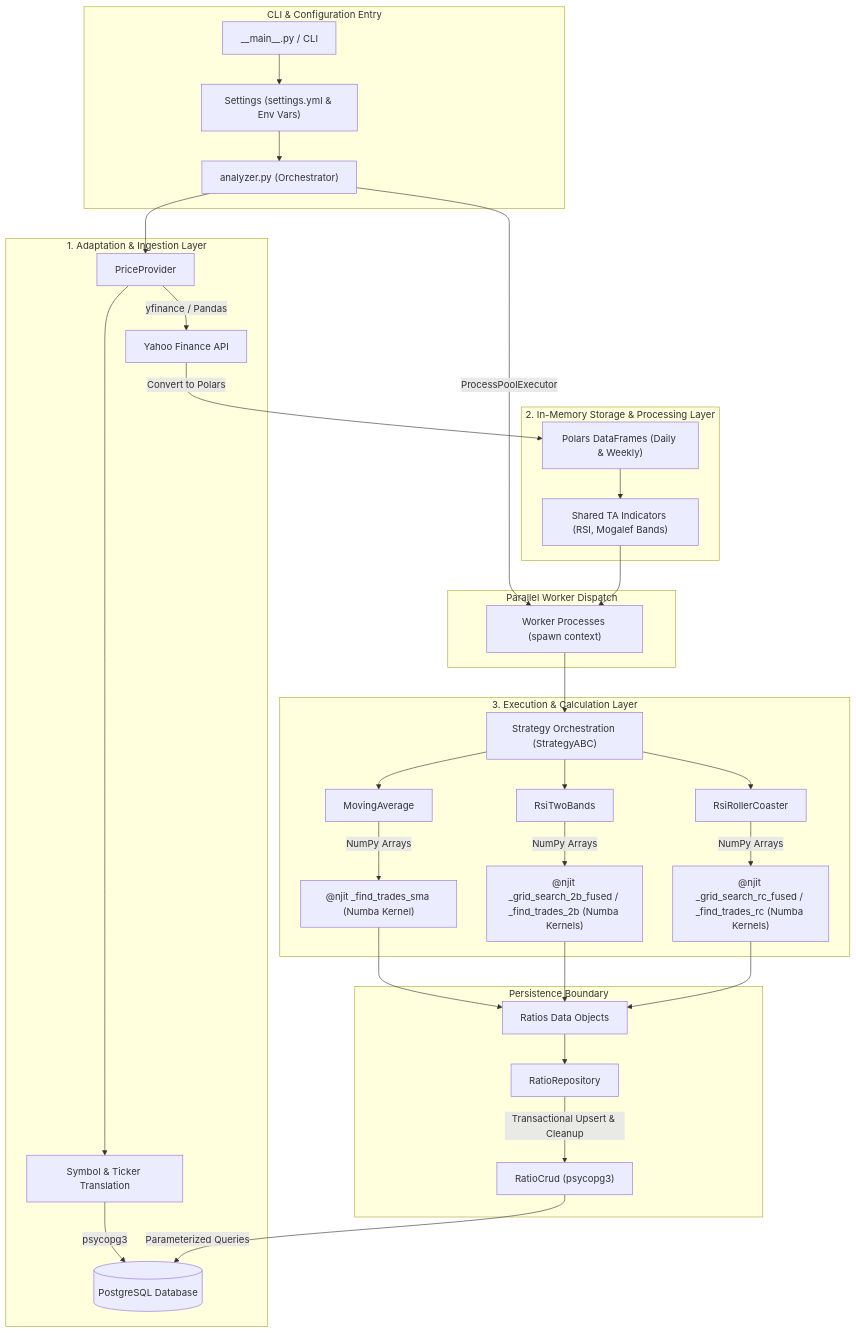
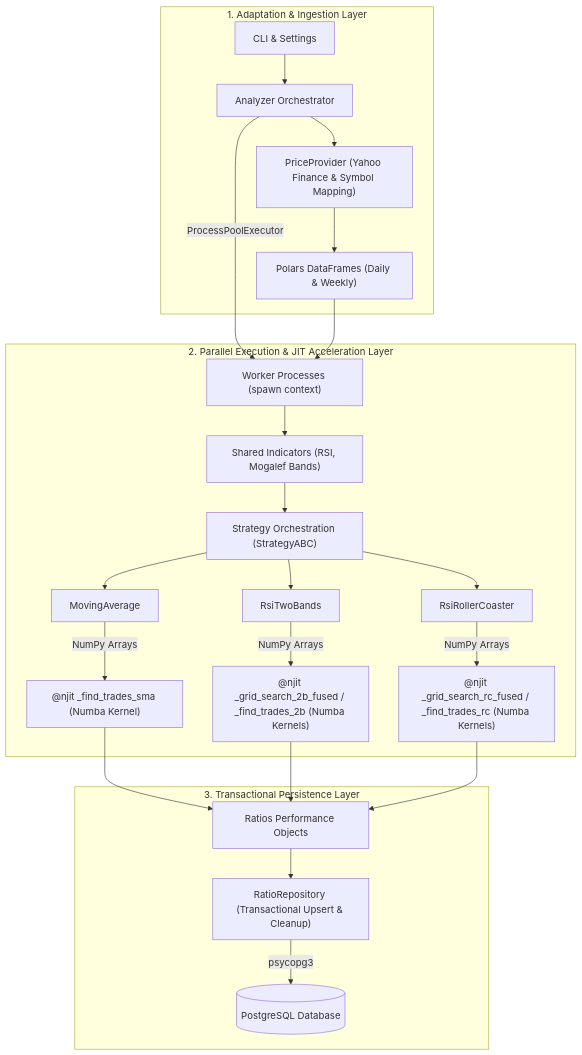
The diagram in README.md (NestorDR/radar-core), drawn with Mermaid before and after one commit. The commit also changed other lines of this file, not shown here.

Commit message:
Update README architecture diagram.

````diff
--- a/README.md
+++ b/README.md
@@ -80,42 +80,28 @@
 ```mermaid
 flowchart TD
-    subgraph CLI ["CLI & Configuration Entry"]
-        Main["__main__.py / CLI"] --> Settings["Settings (settings.yml & Env Vars)"]
-        Settings --> Analyzer["analyzer.py (Orchestrator)"]
+    subgraph Ingestion ["1. Adaptation & Ingestion Layer"]
+        CLI["CLI & Settings"] --> Analyzer["Analyzer Orchestrator"]
+        Analyzer --> PriceProvider["PriceProvider (Yahoo Finance & Symbol Mapping)"]
+        PriceProvider --> PolarsData["Polars DataFrames (Daily & Weekly)"]
     end
 
-    subgraph DataIngestion ["1. Adaptation & Ingestion Layer"]
-        Analyzer --> PriceProvider["PriceProvider"]
-        PriceProvider --> SymbolMapping["Symbol & Ticker Translation"]
-        SymbolMapping -->|psycopg3| DB[("PostgreSQL Database")]
-        PriceProvider -->|yfinance / Pandas| YFinance["Yahoo Finance API"]
-    end
-
-    subgraph Storage ["2. In-Memory Storage & Processing Layer"]
-        YFinance -->|Convert to Polars| PolarsData["Polars DataFrames (Daily & Weekly)"]
-        PolarsData --> TechnicalIndicators["Shared TA Indicators (RSI, Mogalef Bands)"]
-    end
-
-    subgraph Concurrency ["Parallel Worker Dispatch"]
-        Analyzer -->|ProcessPoolExecutor| ParallelWorkers["Worker Processes (spawn context)"]
-        TechnicalIndicators --> ParallelWorkers
-    end
-
-    subgraph Execution ["3. Execution & Calculation Layer"]
-        ParallelWorkers --> StrategyOrch["Strategy Orchestration (StrategyABC)"]
+    subgraph Execution ["2. Parallel Execution & JIT Acceleration Layer"]
+        Analyzer -->|"ProcessPoolExecutor"| Workers["Worker Processes (spawn context)"]
+        PolarsData --> Workers
+        Workers --> Indicators["Shared Indicators (RSI, Mogalef Bands)"]
+        Indicators --> StrategyOrch["Strategy Orchestration (StrategyABC)"]
         StrategyOrch --> MA["MovingAverage"]
         StrategyOrch --> RSI2B["RsiTwoBands"]
         StrategyOrch --> RSIRC["RsiRollerCoaster"]
 
         MA -->|NumPy Arrays| NumbaMA["@njit _find_trades_sma (Numba Kernel)"]
         RSI2B -->|NumPy Arrays| Numba2B["@njit _grid_search_2b_fused / _find_trades_2b (Numba Kernels)"]
         RSIRC -->|NumPy Arrays| NumbaRC["@njit _grid_search_rc_fused / _find_trades_rc (Numba Kernels)"]
     end
 
-    subgraph Persistence ["Persistence Boundary"]
-        NumbaMA & Numba2B & NumbaRC --> RatiosOutput["Ratios Data Objects"]
-        RatiosOutput --> RatioRepo["RatioRepository"]
-        RatioRepo -->|Transactional Upsert & Cleanup| RatioCrud["RatioCrud (psycopg3)"]
-        RatioCrud -->|Parameterized Queries| DB
+    subgraph Persistence ["3. Transactional Persistence Layer"]
+        NumbaMA & Numba2B & NumbaRC --> Ratios["Ratios Performance Objects"]
+        Ratios --> RatioRepo["RatioRepository (Transactional Upsert & Cleanup)"]
+        RatioRepo -->|psycopg3| DB[("PostgreSQL Database")]
     end
 ```
````
